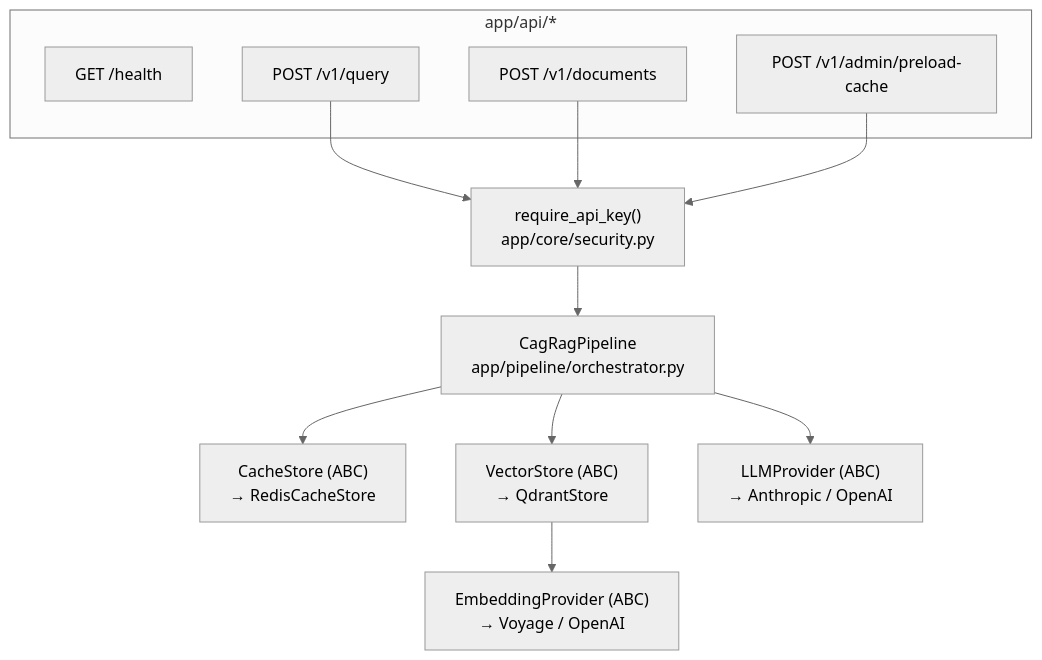
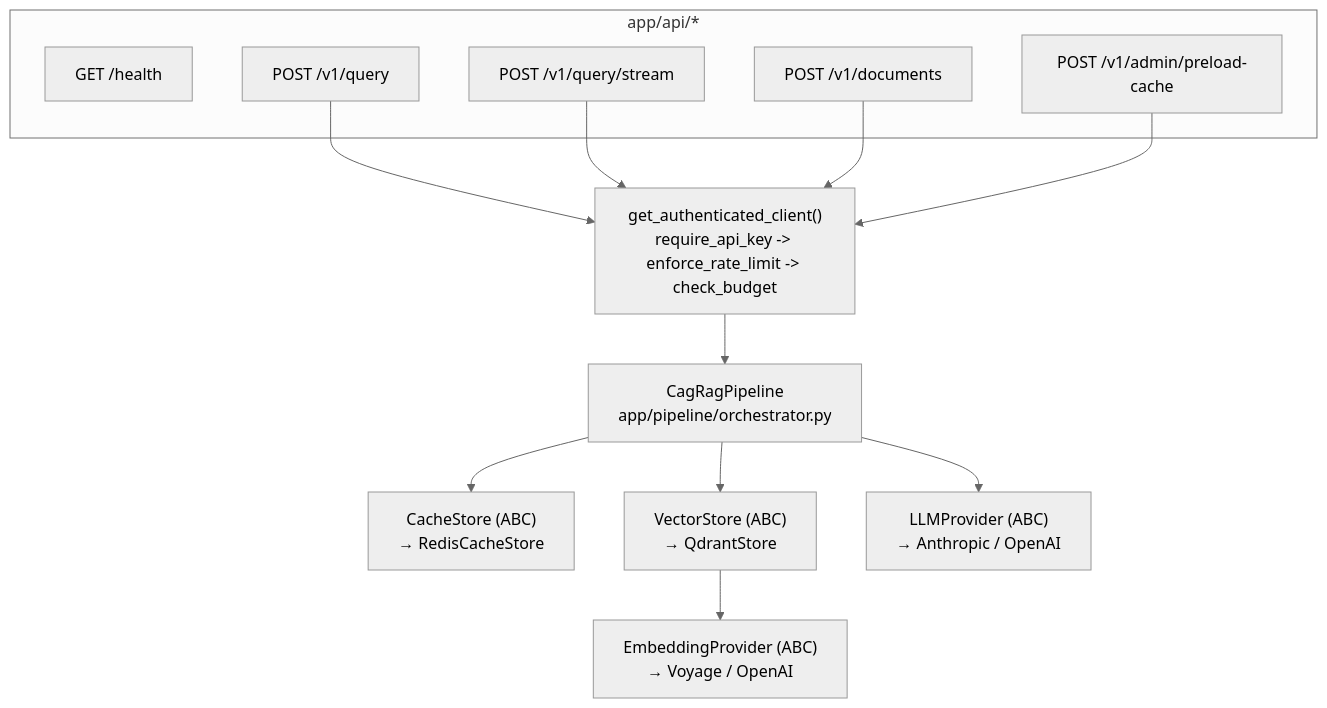
One commit to dKKpandey/CAG-RAG changed the second of 6 diagrams in docs/architecture-design.md. Above: the diagram before and after it, drawn with Mermaid (neutral theme). The commit also changed other lines of this file and 41 other files, not shown here.

````diff
--- a/docs/architecture-design.md
+++ b/docs/architecture-design.md
@@ -121,23 +125,25 @@
 ```mermaid
 flowchart TB
     subgraph Routers["app/api/*"]
         R1["GET /health"]
         R2["POST /v1/query"]
+        R2S["POST /v1/query/stream"]
         R3["POST /v1/documents"]
         R4["POST /v1/admin/preload-cache"]
     end
-    Auth["require_api_key()\napp/core/security.py"]
+    AuthChain["get_authenticated_client()\nrequire_api_key -> enforce_rate_limit -> check_budget"]
     Pipeline["CagRagPipeline\napp/pipeline/orchestrator.py"]
     CacheStore["CacheStore (ABC)\n→ RedisCacheStore"]
     VectorStore["VectorStore (ABC)\n→ QdrantStore"]
     EmbedProv["EmbeddingProvider (ABC)\n→ Voyage / OpenAI"]
     LLMProv["LLMProvider (ABC)\n→ Anthropic / OpenAI"]
 
-    R2 --> Auth --> Pipeline
-    R3 --> Auth
-    R4 --> Auth
+    R2 --> AuthChain --> Pipeline
+    R2S --> AuthChain
+    R3 --> AuthChain
+    R4 --> AuthChain
     Pipeline --> CacheStore
     Pipeline --> VectorStore
     Pipeline --> LLMProv
     VectorStore --> EmbedProv
 ```
````
